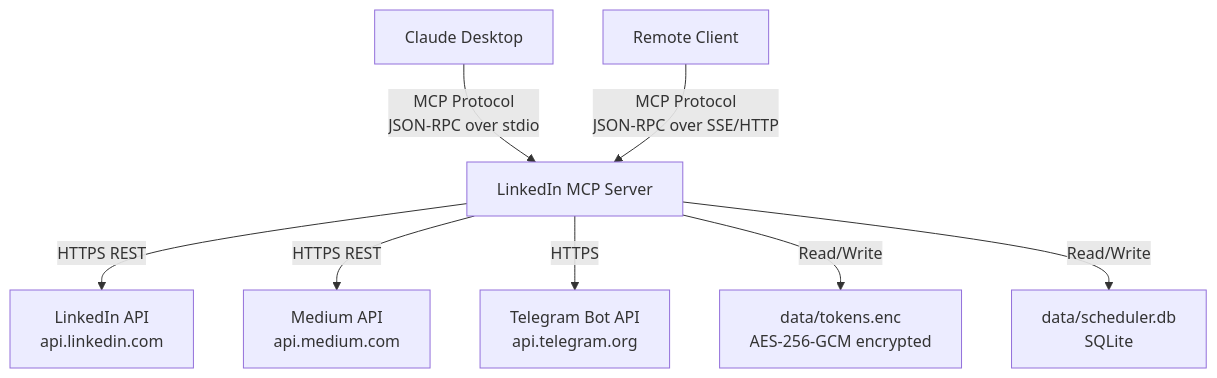
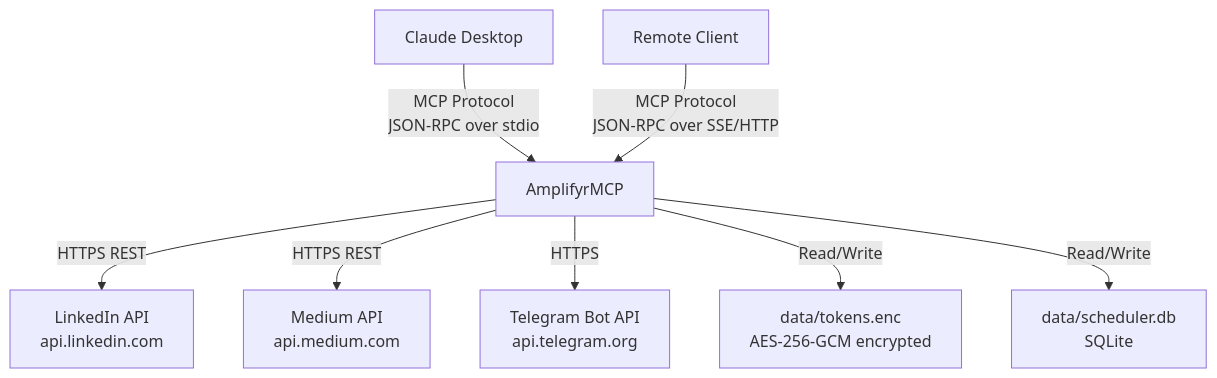
Before and after one commit to supersaiyane/linkedinMCP: the diagram in wiki/Architecture.md, drawn with Mermaid. The commit also changed other lines of this file and 18 other files, not shown here.

First line of the commit message:
chore: rename project to AmplifyrMCP

````diff
--- a/wiki/Architecture.md
+++ b/wiki/Architecture.md
@@ -18,12 +18,12 @@
 ```mermaid
 graph TB
-    CD[Claude Desktop] -->|MCP Protocol<br/>JSON-RPC over stdio| MCP[LinkedIn MCP Server]
+    CD[Claude Desktop] -->|MCP Protocol<br/>JSON-RPC over stdio| MCP[AmplifyrMCP]
     RC[Remote Client] -->|MCP Protocol<br/>JSON-RPC over SSE/HTTP| MCP
 
     MCP -->|HTTPS REST| LI[LinkedIn API<br/>api.linkedin.com]
     MCP -->|HTTPS REST| MD[Medium API<br/>api.medium.com]
     MCP -->|HTTPS| TG[Telegram Bot API<br/>api.telegram.org]
 
     MCP -->|Read/Write| TE[data/tokens.enc<br/>AES-256-GCM encrypted]
     MCP -->|Read/Write| SDB[data/scheduler.db<br/>SQLite]
 ```
````
